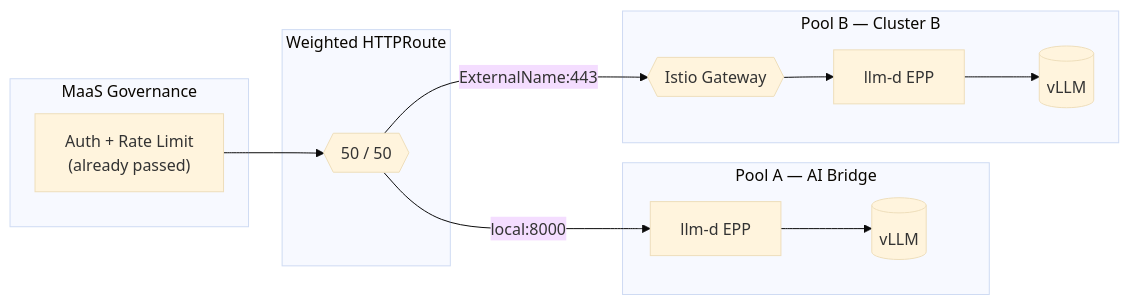
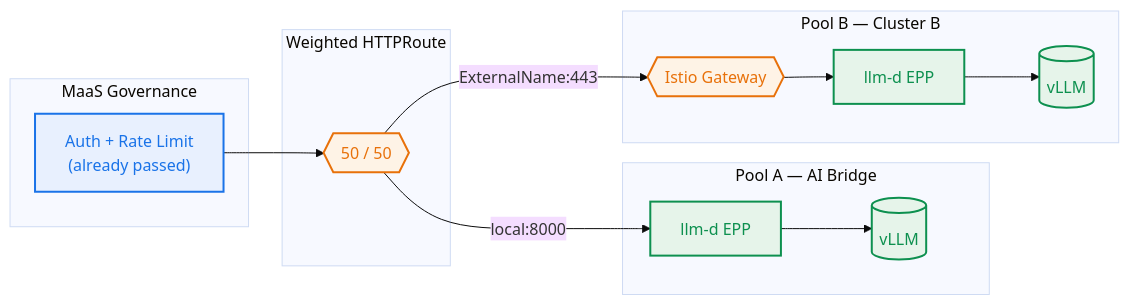
One commit to rrbanda/maas-demo changed the third of 3 diagrams in docs/customer2-demo-narrative.md. Above: the diagram before and after it, drawn with Mermaid (base theme). The commit also changed other lines of this file, not shown here.

First line of the commit message:
Add professional color styling to all mermaid diagrams

````diff
--- a/docs/customer2-demo-narrative.md
+++ b/docs/customer2-demo-narrative.md
@@ -182,28 +197,32 @@
 ```mermaid
 flowchart LR
     subgraph gov ["MaaS Governance"]
-        AuthLim["Auth + Rate Limit<br/>(already passed)"]
+        AuthLim["Auth + Rate Limit<br/>(already passed)"]:::governance
     end
 
     subgraph split ["Weighted HTTPRoute"]
-        HR{{"50 / 50"}}
+        HR{{"50 / 50"}}:::routing
     end
 
     subgraph poolA ["Pool A — AI Bridge"]
-        EPP1["llm-d EPP"]
-        vLLM1[("vLLM")]
+        EPP1["llm-d EPP"]:::inference
+        vLLM1[("vLLM")]:::inference
         EPP1 --> vLLM1
     end
 
     subgraph poolB ["Pool B — Cluster B"]
-        IST{{"Istio Gateway"}}
-        EPP2["llm-d EPP"]
-        vLLM2[("vLLM")]
+        IST{{"Istio Gateway"}}:::routing
+        EPP2["llm-d EPP"]:::inference
+        vLLM2[("vLLM")]:::inference
         IST --> EPP2
         EPP2 --> vLLM2
     end
 
     AuthLim --> HR
     HR -->|"local:8000"| EPP1
     HR -->|"ExternalName:443"| IST
+
+    classDef governance fill:#e8f0fe,stroke:#1a73e8,stroke-width:2px,color:#1a73e8
+    classDef routing fill:#fef3e6,stroke:#e8710a,stroke-width:2px,color:#e8710a
+    classDef inference fill:#e6f4ea,stroke:#0d904f,stroke-width:2px,color:#0d904f
 ```
````
